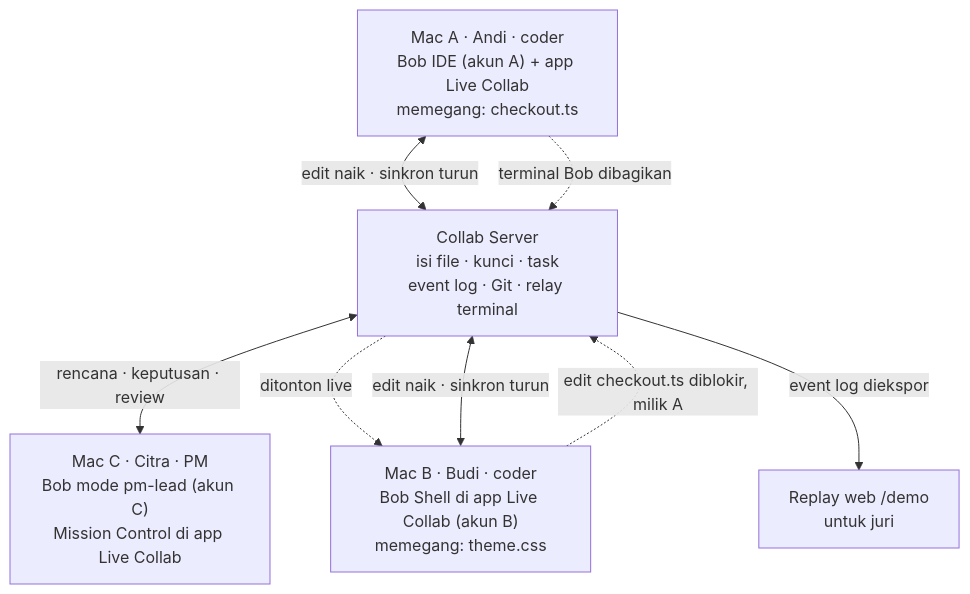
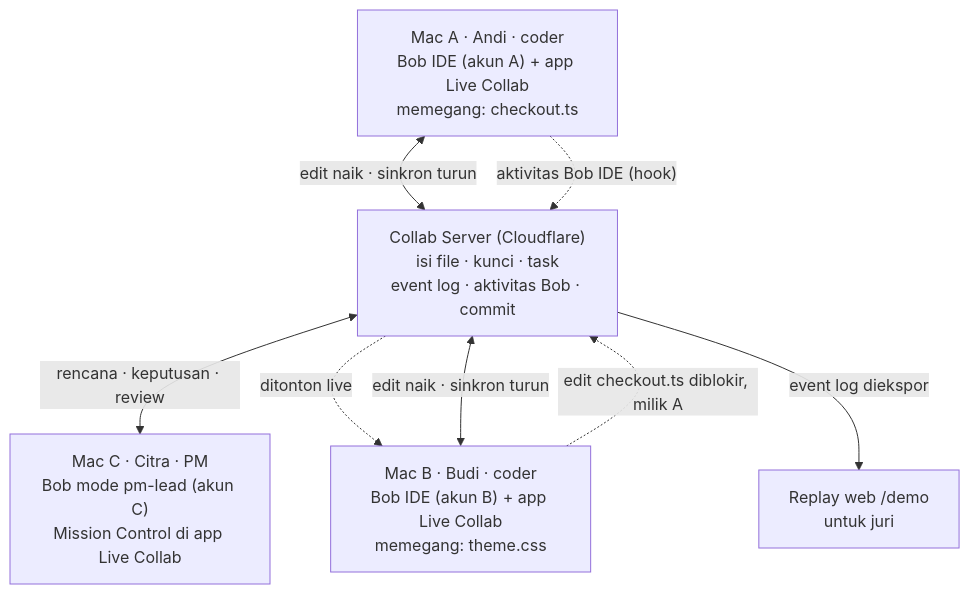
Before and after one commit to umarmuhdhor/IBM: the first of 13 diagrams in PRD.md, drawn with Mermaid. The commit also changed other lines of this file and 24 other files, not shown here.

````diff
--- a/PRD.md
+++ b/PRD.md
@@ -61,15 +61,15 @@
 ```mermaid
 flowchart TB
   A["Mac A · Andi · coder<br>Bob IDE (akun A) + app Live Collab<br>memegang: checkout.ts"]
-  B["Mac B · Budi · coder<br>Bob Shell di app Live Collab (akun B)<br>memegang: theme.css"]
-  S["Collab Server<br>isi file · kunci · task<br>event log · Git · relay terminal"]
+  B["Mac B · Budi · coder<br>Bob IDE (akun B) + app Live Collab<br>memegang: theme.css"]
+  S["Collab Server (Cloudflare)<br>isi file · kunci · task<br>event log · aktivitas Bob · commit"]
   C["Mac C · Citra · PM<br>Bob mode pm-lead (akun C)<br>Mission Control di app Live Collab"]
   J["Replay web /demo<br>untuk juri"]
   A <-->|"edit naik · sinkron turun"| S
   B <-->|"edit naik · sinkron turun"| S
   S <-->|"rencana · keputusan · review"| C
   B -.->|"edit checkout.ts diblokir, milik A"| S
-  A -.->|"terminal Bob dibagikan"| S
+  A -.->|"aktivitas Bob IDE (hook)"| S
   S -.->|"ditonton live"| B
   S -->|"event log diekspor"| J
 ```
````
